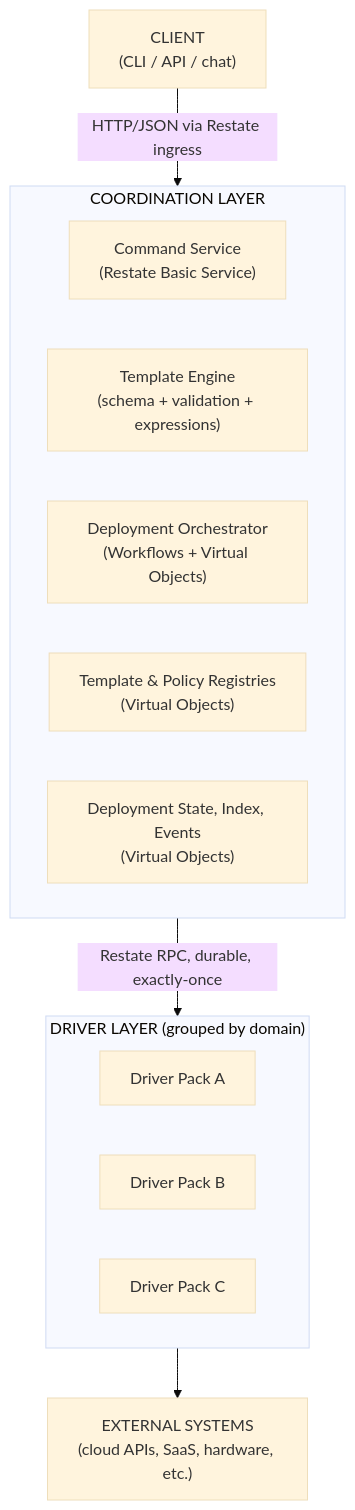
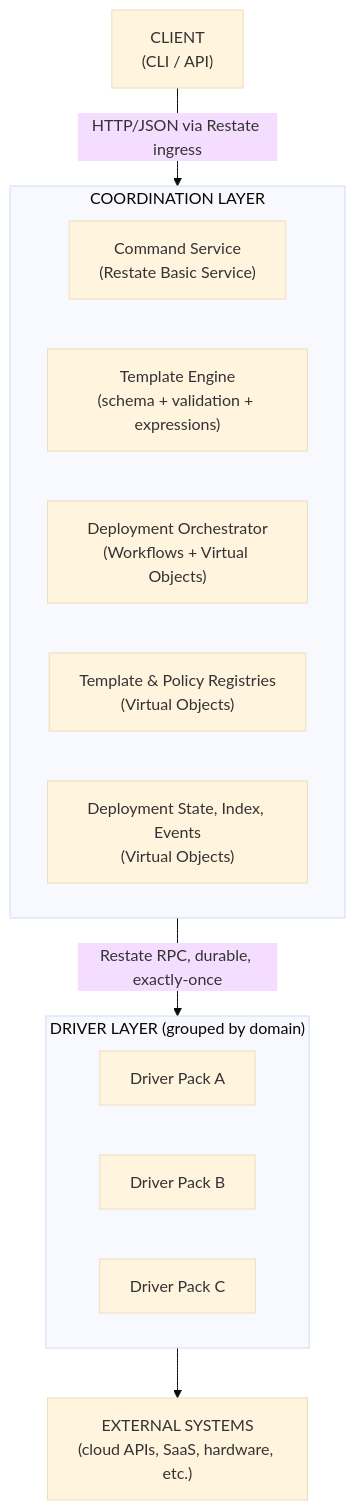
The first of 7 diagrams in docs/PRAXIS_ARCHITECTURE.md (shirvan/praxis), drawn with Mermaid (base theme) before and after one commit. The commit also changed other lines of this file and 7 other files, not shown here.

First line of the commit message:
docs: sweep all documentation for the new architecture

````diff
--- a/docs/PRAXIS_ARCHITECTURE.md
+++ b/docs/PRAXIS_ARCHITECTURE.md
@@ -21,24 +21,24 @@
 ```mermaid
 graph TD
-    User["CLIENT<br/>(CLI / API / chat)"]
+    User["CLIENT<br/>(CLI / API)"]
 
     User -->|"HTTP/JSON via Restate ingress"| Core
 
     subgraph Core["COORDINATION LAYER"]
         CS["Command Service<br/>(Restate Basic Service)"]
         TE["Template Engine<br/>(schema + validation + expressions)"]
         DO["Deployment Orchestrator<br/>(Workflows + Virtual Objects)"]
         TR["Template & Policy Registries<br/>(Virtual Objects)"]
         DS["Deployment State, Index, Events<br/>(Virtual Objects)"]
     end
 
     Core -->|"Restate RPC, durable, exactly-once"| Drivers
 
     subgraph Drivers["DRIVER LAYER (grouped by domain)"]
         D1["Driver Pack A"]
         D2["Driver Pack B"]
         D3["Driver Pack C"]
     end
 
     Drivers --> External["EXTERNAL SYSTEMS<br/>(cloud APIs, SaaS, hardware, etc.)"]
 ```
````
